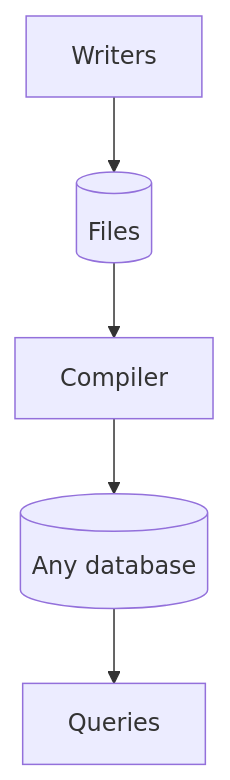
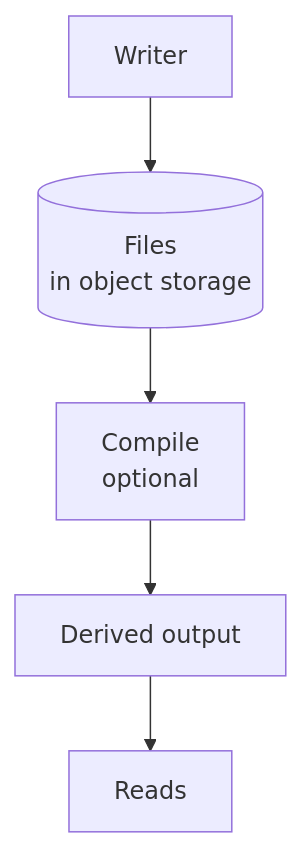
Before and after one commit to bristweb/yafidb: the diagram in docs/design.md, drawn with Mermaid. The commit also changed other lines of this file and 17 other files, not shown here.

````diff
--- a/docs/design.md
+++ b/docs/design.md
@@ -33,7 +33,7 @@
 ```mermaid
 flowchart TB
-    W[Writers] --> F[(Files)]
-    F --> P[Compiler]
-    P --> D[(Any database)]
-    D --> Q[Queries]
+    W[Writer] --> F[(Files<br/>in object storage)]
+    F --> K[Compile<br/>optional]
+    K --> D[Derived output]
+    D --> Q[Reads]
 ```
````
